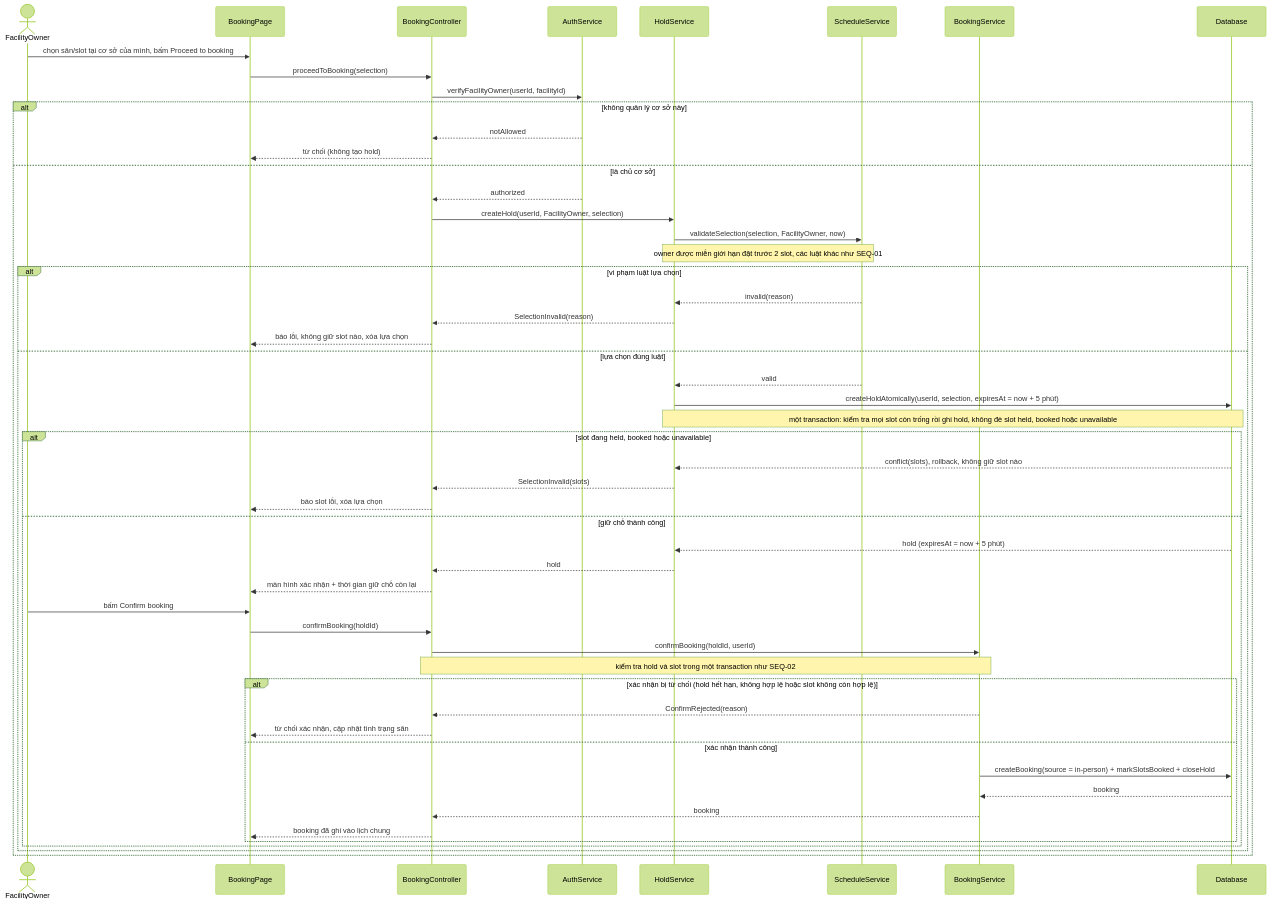
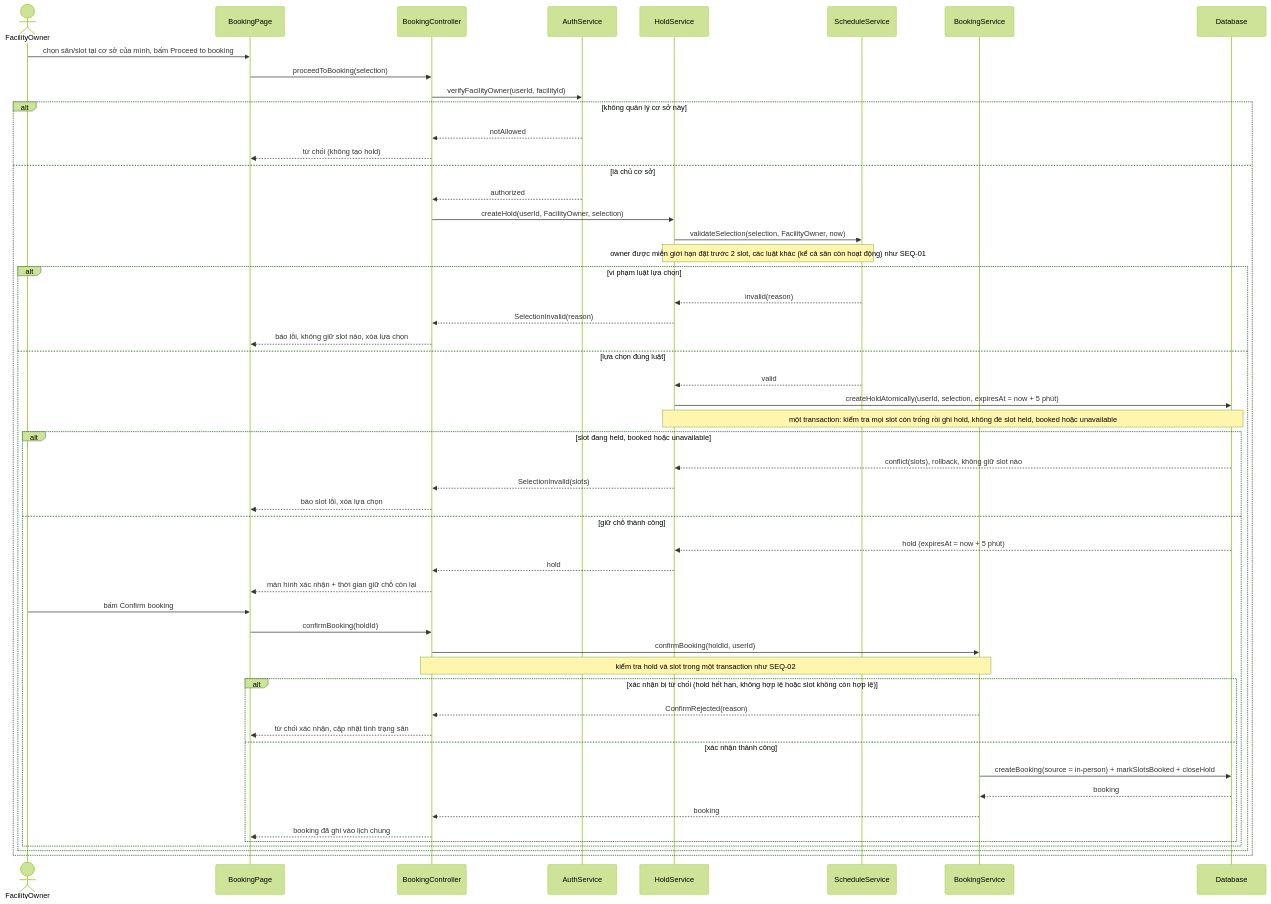
One commit to buikhoa130406/se-project-t04 changed the sixth of 6 diagrams in docs/design/sequences/sequence-diagrams.md. Above: the diagram before and after it, drawn with Mermaid (forest theme). The commit also changed other lines of this file and 4 other files, not shown here.

````diff
--- a/docs/design/sequences/sequence-diagrams.md
+++ b/docs/design/sequences/sequence-diagrams.md
@@ -332,60 +342,60 @@
 ```mermaid
 sequenceDiagram
     actor FacilityOwner
     participant BookingPage
     participant BookingController
     participant AuthService
     participant HoldService
     participant ScheduleService
     participant BookingService
     participant Database
 
     FacilityOwner->>BookingPage: chọn sân/slot tại cơ sở của mình, bấm Proceed to booking
     BookingPage->>BookingController: proceedToBooking(selection)
     BookingController->>AuthService: verifyFacilityOwner(userId, facilityId)
 
     alt không quản lý cơ sở này
         AuthService-->>BookingController: notAllowed
         BookingController-->>BookingPage: từ chối (không tạo hold)
     else là chủ cơ sở
         AuthService-->>BookingController: authorized
         BookingController->>HoldService: createHold(userId, FacilityOwner, selection)
         HoldService->>ScheduleService: validateSelection(selection, FacilityOwner, now)
-        Note over HoldService,ScheduleService: owner được miễn giới hạn đặt trước 2 slot, các luật khác như SEQ-01
+        Note over HoldService,ScheduleService: owner được miễn giới hạn đặt trước 2 slot, các luật khác (kể cả sân còn hoạt động) như SEQ-01
 
         alt vi phạm luật lựa chọn
             ScheduleService-->>HoldService: invalid(reason)
             HoldService-->>BookingController: SelectionInvalid(reason)
             BookingController-->>BookingPage: báo lỗi, không giữ slot nào, xóa lựa chọn
         else lựa chọn đúng luật
             ScheduleService-->>HoldService: valid
             HoldService->>Database: createHoldAtomically(userId, selection, expiresAt = now + 5 phút)
             Note over HoldService,Database: một transaction: kiểm tra mọi slot còn trống rồi ghi hold, không đè slot held, booked hoặc unavailable
 
             alt slot đang held, booked hoặc unavailable
                 Database-->>HoldService: conflict(slots), rollback, không giữ slot nào
                 HoldService-->>BookingController: SelectionInvalid(slots)
                 BookingController-->>BookingPage: báo slot lỗi, xóa lựa chọn
             else giữ chỗ thành công
                 Database-->>HoldService: hold (expiresAt = now + 5 phút)
                 HoldService-->>BookingController: hold
                 BookingController-->>BookingPage: màn hình xác nhận + thời gian giữ chỗ còn lại
 
                 FacilityOwner->>BookingPage: bấm Confirm booking
                 BookingPage->>BookingController: confirmBooking(holdId)
                 BookingController->>BookingService: confirmBooking(holdId, userId)
                 Note over BookingController,BookingService: kiểm tra hold và slot trong một transaction như SEQ-02
 
                 alt xác nhận bị từ chối (hold hết hạn, không hợp lệ hoặc slot không còn hợp lệ)
                     BookingService-->>BookingController: ConfirmRejected(reason)
                     BookingController-->>BookingPage: từ chối xác nhận, cập nhật tình trạng sân
                 else xác nhận thành công
                     BookingService->>Database: createBooking(source = in-person) + markSlotsBooked + closeHold
                     Database-->>BookingService: booking
                     BookingService-->>BookingController: booking
                     BookingController-->>BookingPage: booking đã ghi vào lịch chung
                 end
             end
         end
     end
 ```
````
